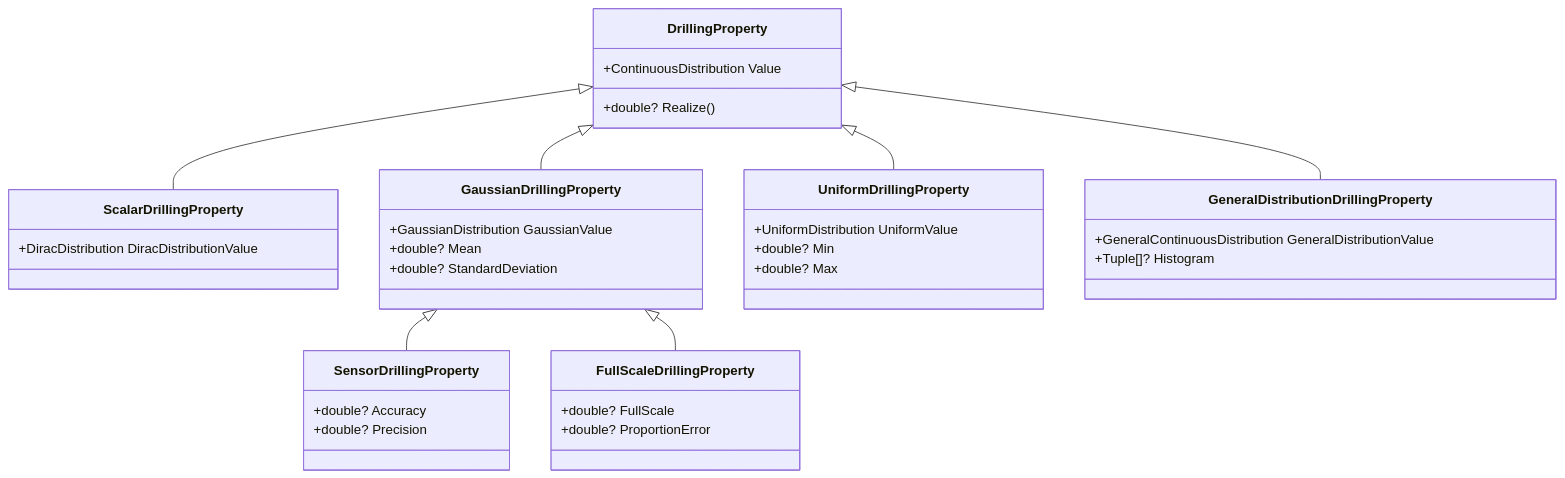
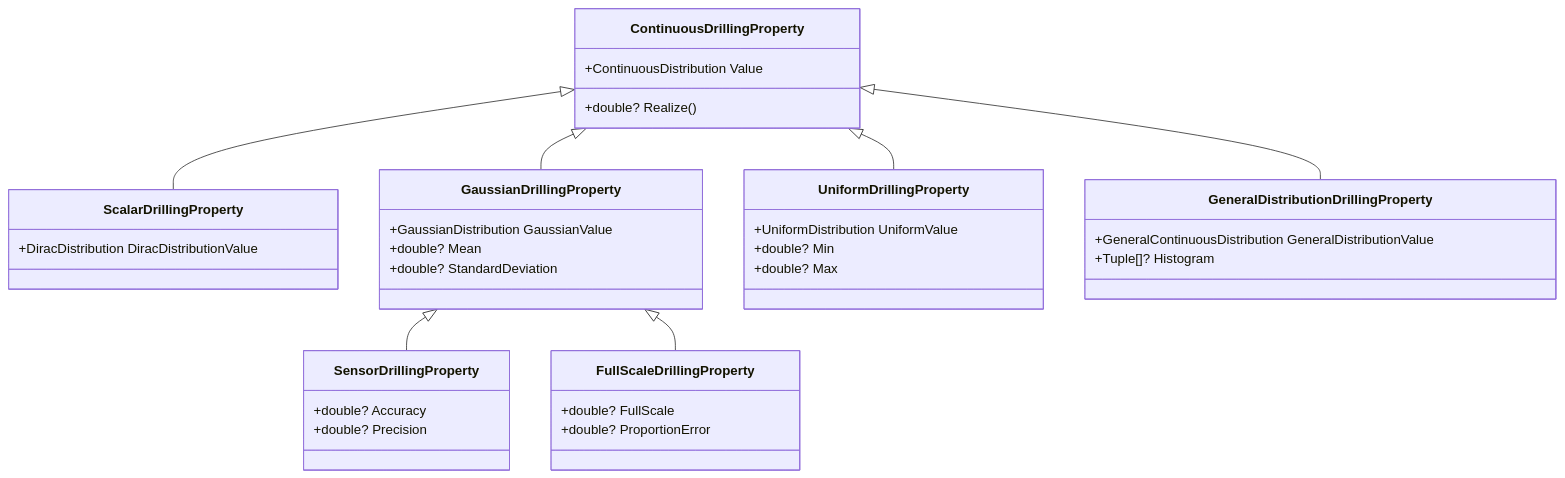
The second of 7 diagrams in OSDC.DotnetLibraries.General/OSDC.DotnetLibraries.Drilling.DrillingProperties/readme.md (Open-Source-Drilling-Community/DotNetLibraries), drawn with Mermaid before and after one commit. The commit also changed other lines of this file and 32 other files, not shown here.

````diff
--- a/OSDC.DotnetLibraries.General/OSDC.DotnetLibraries.Drilling.DrillingProperties/readme.md
+++ b/OSDC.DotnetLibraries.General/OSDC.DotnetLibraries.Drilling.DrillingProperties/readme.md
@@ -50,37 +64,37 @@
 ```mermaid
 classDiagram
-    DrillingProperty <|-- ScalarDrillingProperty
-    DrillingProperty <|-- GaussianDrillingProperty
-    DrillingProperty <|-- UniformDrillingProperty
-    DrillingProperty <|-- GeneralDistributionDrillingProperty
-    DrillingProperty : +ContinuousDistribution Value
-    DrillingProperty : +double? Realize()
+    ContinuousDrillingProperty <|-- ScalarDrillingProperty
+    ContinuousDrillingProperty <|-- GaussianDrillingProperty
+    ContinuousDrillingProperty <|-- UniformDrillingProperty
+    ContinuousDrillingProperty <|-- GeneralDistributionDrillingProperty
+    ContinuousDrillingProperty : +ContinuousDistribution Value
+    ContinuousDrillingProperty : +double? Realize()
     class ScalarDrillingProperty {
         +DiracDistribution DiracDistributionValue
     }
     class GaussianDrillingProperty {
         +GaussianDistribution GaussianValue
         +double? Mean
         +double? StandardDeviation
     }
     GaussianDrillingProperty <|-- SensorDrillingProperty
     GaussianDrillingProperty <|-- FullScaleDrillingProperty
     class SensorDrillingProperty {
         +double? Accuracy
         +double? Precision
     }
     class FullScaleDrillingProperty {
         +double? FullScale
         +double? ProportionError
     }
     class UniformDrillingProperty {
         +UniformDistribution UniformValue
         +double? Min
         +double? Max
     }
     class GeneralDistributionDrillingProperty {
         +GeneralContinuousDistribution GeneralDistributionValue
         +Tuple<double, double>[]? Histogram
     }
 end
 ```
````
